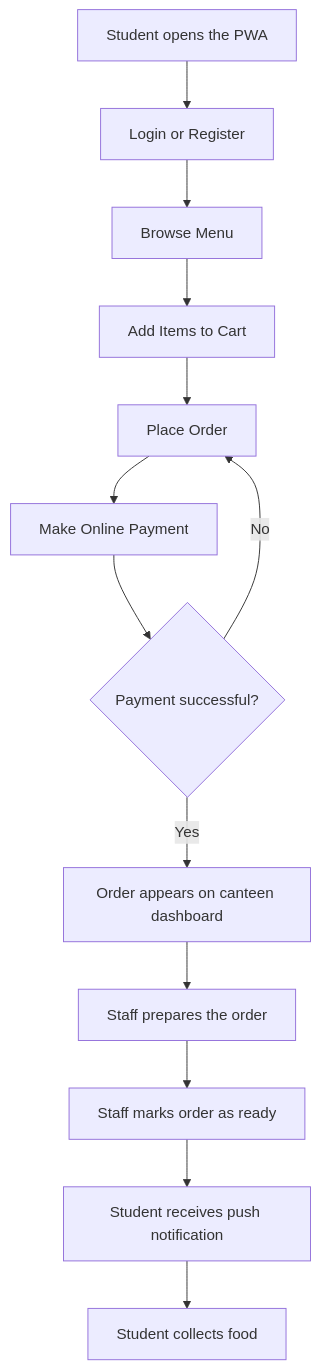
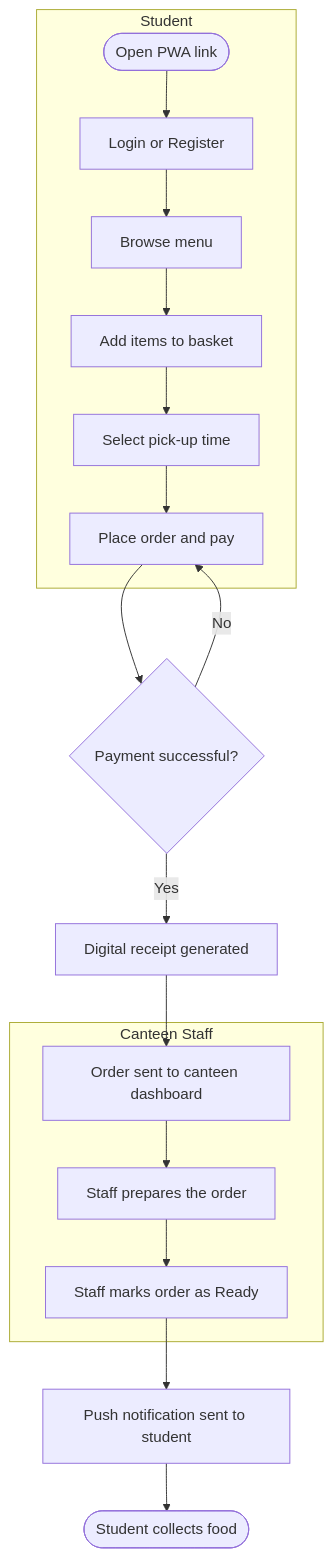
The diagram in contributions/NB25CSE192_Canteen_Application.md (SanjeevVyas9/LA-2-Unit-5-SEA-updated), drawn with Mermaid before and after one commit. The commit also changed other lines of this file, not shown here.

````diff
--- a/contributions/NB25CSE192_Canteen_Application.md
+++ b/contributions/NB25CSE192_Canteen_Application.md
@@ -62,15 +57,23 @@
 ```mermaid
 flowchart TD
-    A[Student opens the PWA] --> B[Login or Register]
-    B --> C[Browse Menu]
-    C --> D[Add Items to Cart]
-    D --> E[Place Order]
-    E --> F[Make Online Payment]
+    subgraph stu [Student]
+        A([Open PWA link]) --> B[Login or Register]
+        B --> C[Browse menu]
+        C --> D[Add items to basket]
+        D --> E[Select pick-up time]
+        E --> F[Place order and pay]
+    end
+
     F --> G{Payment successful?}
-    G -- No --> E
-    G -- Yes --> H[Order appears on canteen dashboard]
-    H --> I[Staff prepares the order]
-    I --> J[Staff marks order as ready]
-    J --> K[Student receives push notification]
-    K --> L[Student collects food]
+    G -- No --> F
+    G -- Yes --> H[Digital receipt generated]
+    H --> I[Order sent to canteen dashboard]
+
+    subgraph staff [Canteen Staff]
+        I --> J[Staff prepares the order]
+        J --> K[Staff marks order as Ready]
+    end
+
+    K --> L[Push notification sent to student]
+    L --> M([Student collects food])
 ```
````
